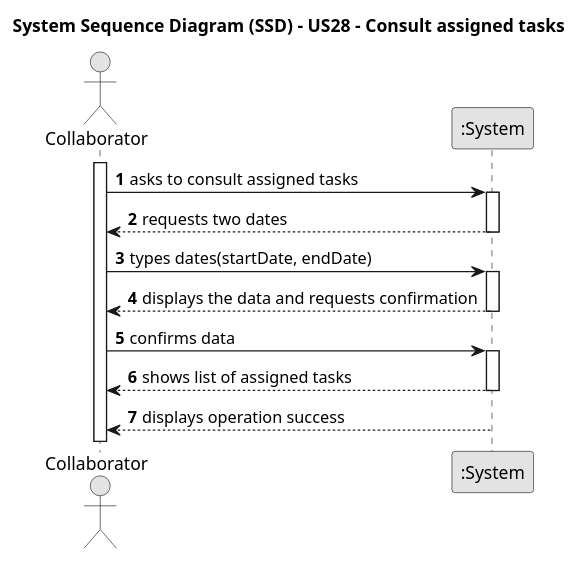
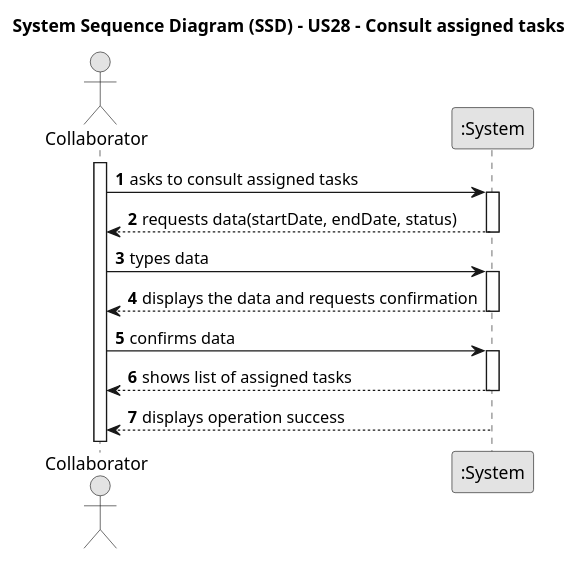
The diagram in docs/sprint3/us28/01.requirements-engineering/puml/us28-system-sequence-diagram.puml (Departamento-de-Engenharia-Informatica/lei-24-s2-1db-g022), drawn with PlantUML before and after one commit. The commit also changed 7 other files, not shown here.

```diff
--- a/docs/sprint3/us28/01.requirements-engineering/puml/us28-system-sequence-diagram.puml
+++ b/docs/sprint3/us28/01.requirements-engineering/puml/us28-system-sequence-diagram.puml
@@ -1,36 +1,36 @@
 @startuml
 skinparam monochrome true
 skinparam packageStyle rectangle
 skinparam shadowing false
 
 title System Sequence Diagram (SSD) - US28 - Consult assigned tasks
 
 autonumber
 
 actor "Collaborator" as Col
 participant ":System" as System
 
 activate Col
 
     Col -> System : asks to consult assigned tasks
     activate System
 
-    System --> Col : requests two dates
+    System --> Col : requests data(startDate, endDate, status)
     deactivate System
 
-    Col->System: types dates(startDate, endDate)
+    Col->System: types data
     activate System
 
     System --> Col : displays the data and requests confirmation
     deactivate System
 
     Col -> System : confirms data
     activate System
 
     System --> Col : shows list of assigned tasks
     deactivate System
 
     System --> Col : displays operation success
     deactivate System
 
 @enduml
```
